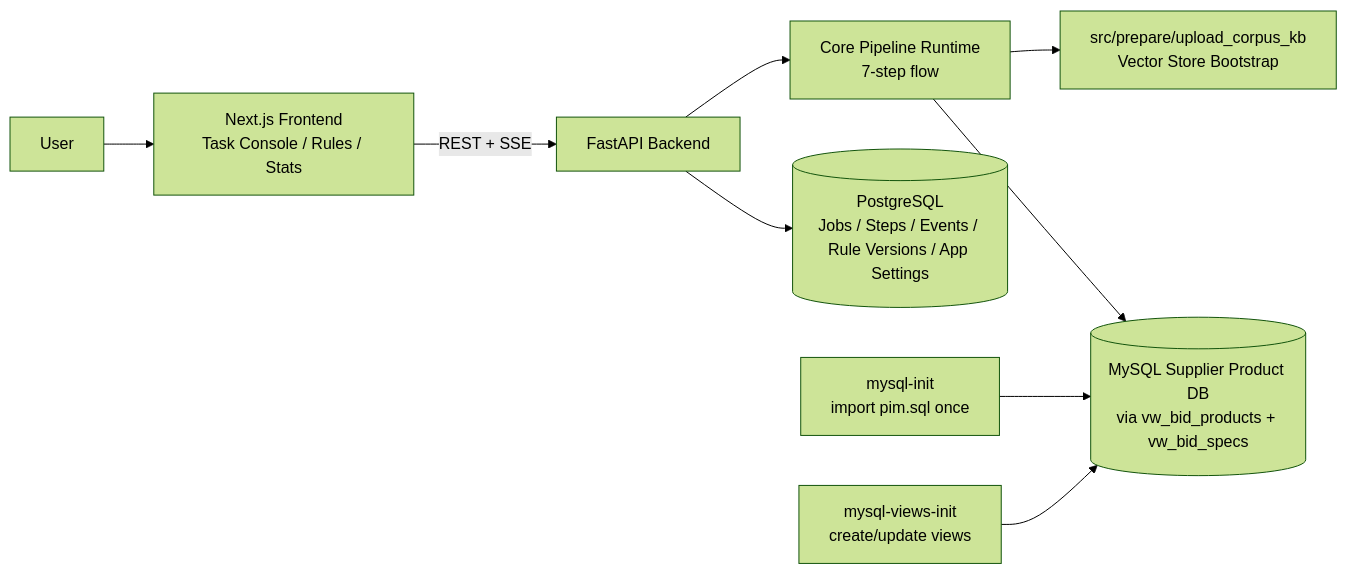
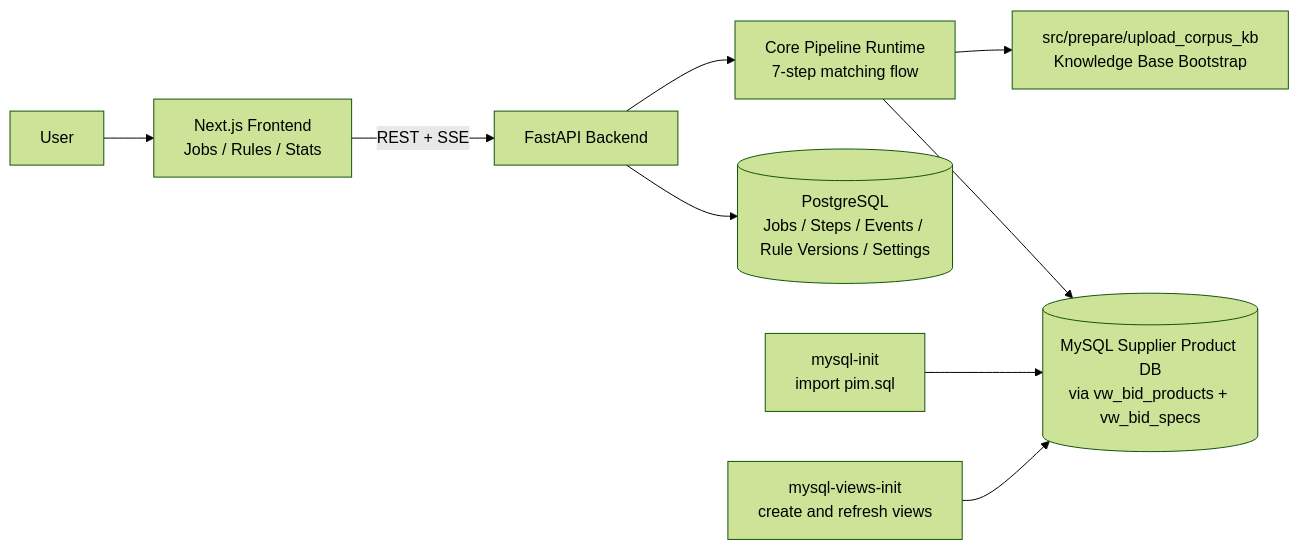
One commit to suisse-bid-match/suisse-bid-match changed the diagram in README.md. Above: the diagram before and after it, drawn with Mermaid (forest theme). The commit also changed other lines of this file and 18 other files, not shown here.

````diff
--- a/README.md
+++ b/README.md
@@ -41,14 +61,14 @@
 ```mermaid
 flowchart LR
-  U[User] --> FE[Next.js Frontend\nTask Console / Rules / Stats]
+  U[User] --> FE[Next.js Frontend\nJobs / Rules / Stats]
   FE -->|REST + SSE| BE[FastAPI Backend]
 
-  BE --> PG[(PostgreSQL\nJobs / Steps / Events / Rule Versions / App Settings)]
-  BE --> CORE[Core Pipeline Runtime\n7-step flow]
+  BE --> PG[(PostgreSQL\nJobs / Steps / Events / Rule Versions / Settings)]
+  BE --> CORE[Core Pipeline Runtime\n7-step matching flow]
 
   CORE --> MYSQL[(MySQL Supplier Product DB\nvia vw_bid_products + vw_bid_specs)]
-  INIT1[mysql-init\nimport pim.sql once] --> MYSQL
-  INIT2[mysql-views-init\ncreate/update views] --> MYSQL
+  INIT1[mysql-init\nimport pim.sql] --> MYSQL
+  INIT2[mysql-views-init\ncreate and refresh views] --> MYSQL
 
-  CORE --> KB[src/prepare/upload_corpus_kb\nVector Store Bootstrap]
+  CORE --> KB[src/prepare/upload_corpus_kb\nKnowledge Base Bootstrap]
 ```
````
